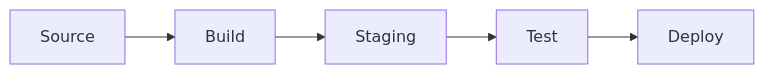
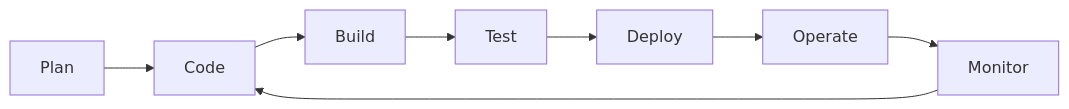
Before and after one commit to croguerrero/croguerrero: the diagram in README.md, drawn with Mermaid.

````diff
--- a/README.md
+++ b/README.md
@@ -46,7 +46,12 @@
 ```mermaid
 flowchart LR
-    Source --> Build
-    Build  --> Staging
-    Staging --> Test
+    Plan --> Code
+    Code  --> Build
+    Build --> Test
     Test --> Deploy
+    Deploy --> Operate
+    Operate --> Monitor
+    Monitor --> Code
+    
+    
 ```
````
